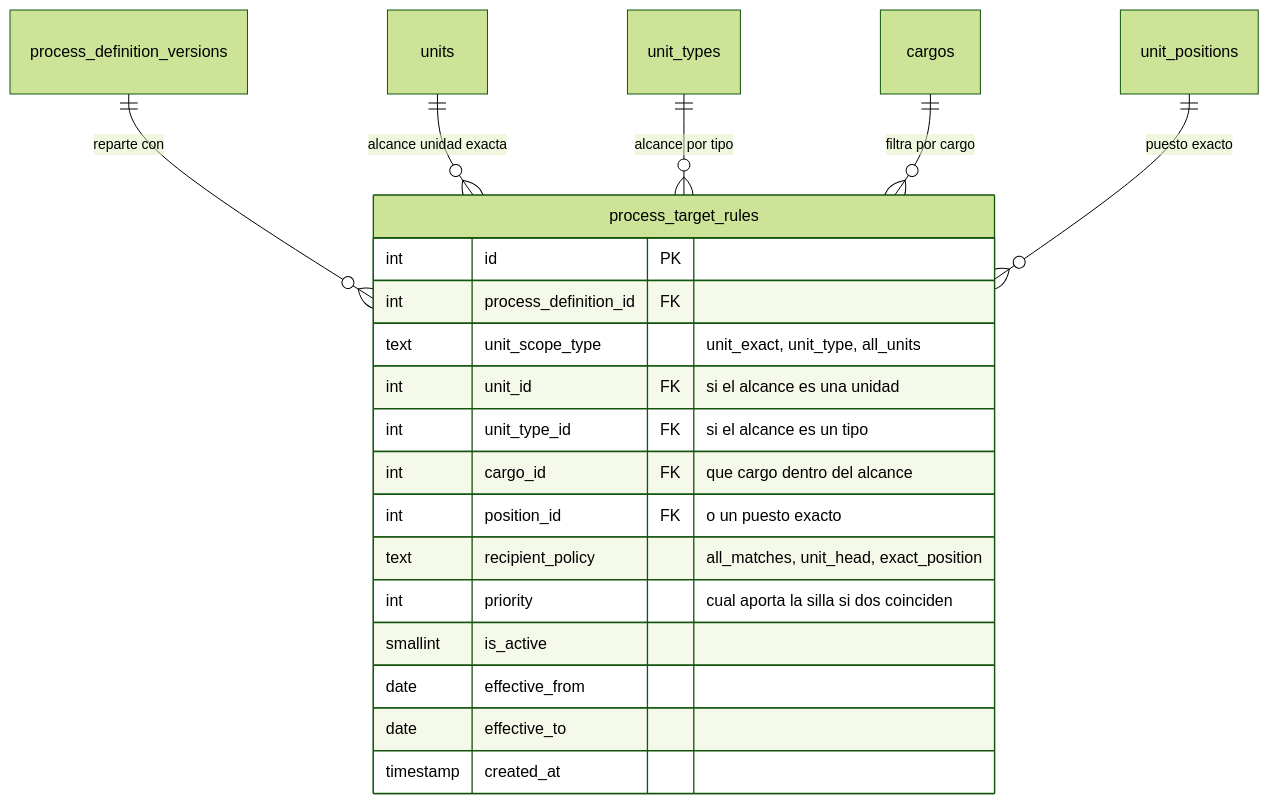
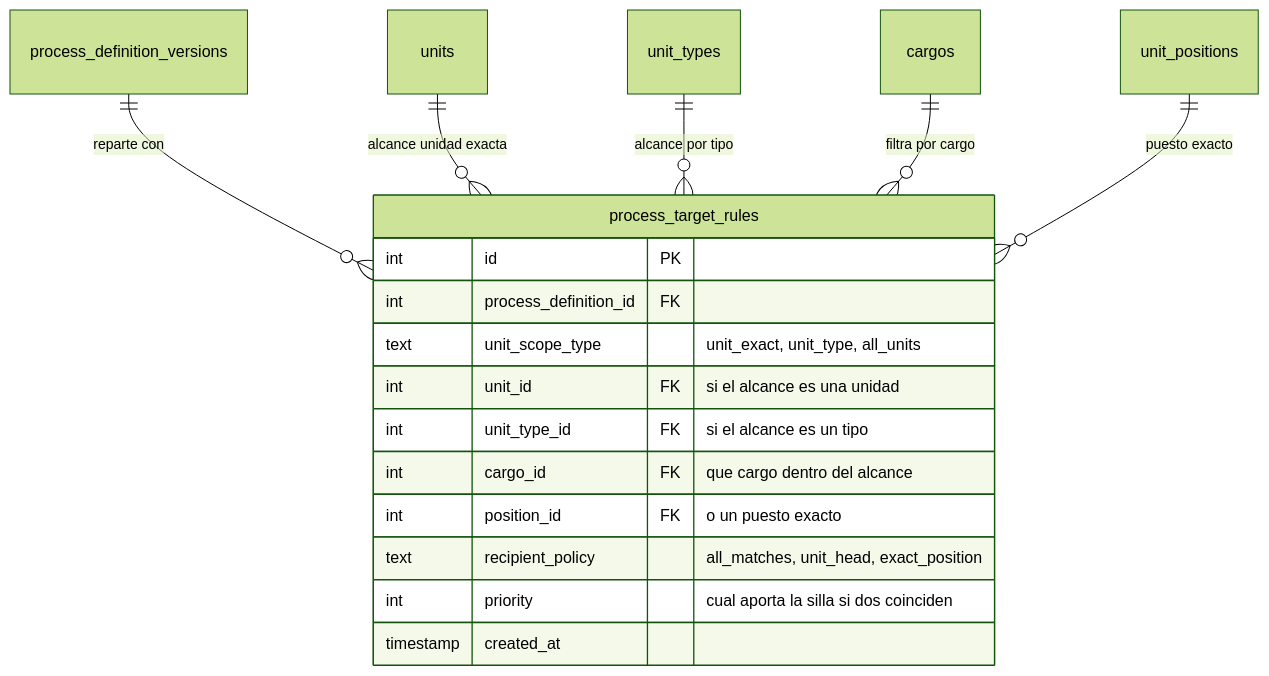
Before and after one commit to fresvel/deasy: the diagram in docs/src/content/docs/modelo/reparto.md, drawn with Mermaid (forest theme). The commit also changed other lines of this file and 32 other files, not shown here.

````diff
--- a/docs/src/content/docs/modelo/reparto.md
+++ b/docs/src/content/docs/modelo/reparto.md
@@ -89,24 +108,21 @@
 ```mermaid
 erDiagram
   process_definition_versions ||--o{ process_target_rules : "reparte con"
   units ||--o{ process_target_rules : "alcance unidad exacta"
   unit_types ||--o{ process_target_rules : "alcance por tipo"
   cargos ||--o{ process_target_rules : "filtra por cargo"
   unit_positions ||--o{ process_target_rules : "puesto exacto"
 
   process_target_rules {
     int id PK
     int process_definition_id FK
     text unit_scope_type "unit_exact, unit_type, all_units"
     int unit_id FK "si el alcance es una unidad"
     int unit_type_id FK "si el alcance es un tipo"
     int cargo_id FK "que cargo dentro del alcance"
     int position_id FK "o un puesto exacto"
     text recipient_policy "all_matches, unit_head, exact_position"
     int priority "cual aporta la silla si dos coinciden"
-    smallint is_active
-    date effective_from
-    date effective_to
     timestamp created_at
   }
 ```
````
